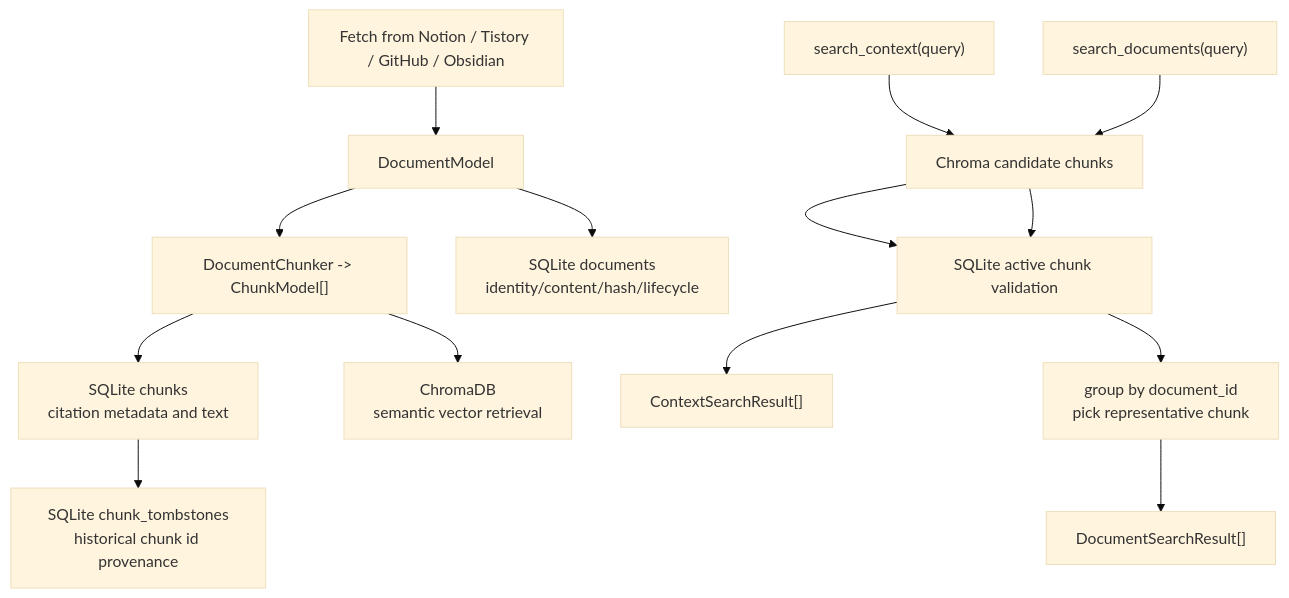
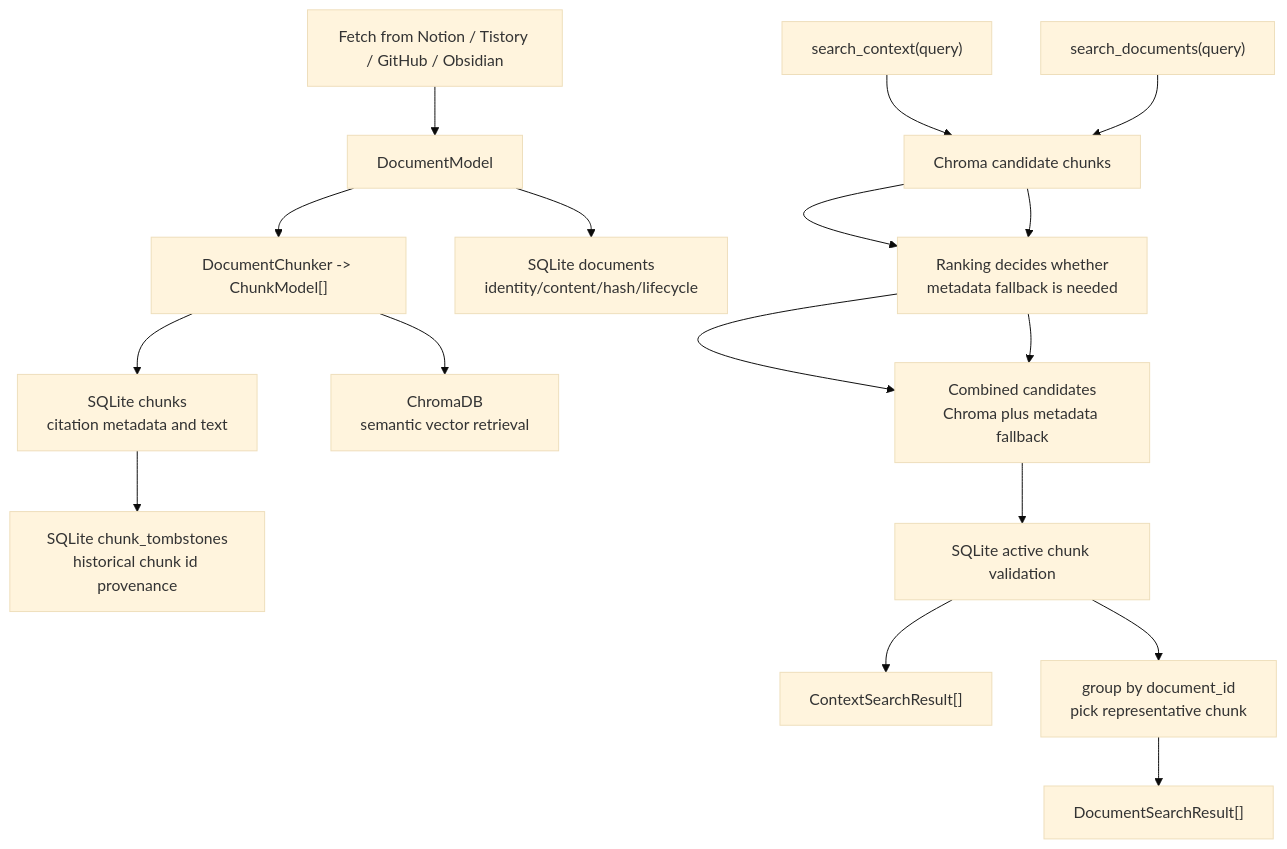
One commit to eunhwa99/MCPContentSearch changed the second of 2 diagrams in docs/contextwiki-core-understanding.md. Above: the diagram before and after it, drawn with Mermaid (base theme). The commit also changed other lines of this file and 6 other files, not shown here.

````diff
--- a/docs/contextwiki-core-understanding.md
+++ b/docs/contextwiki-core-understanding.md
@@ -296,27 +318,30 @@
 ```mermaid
 flowchart TD
     A["Fetch from Notion / Tistory / GitHub / Obsidian"]
     B["DocumentModel"]
     C["DocumentChunker -> ChunkModel[]"]
     D["SQLite documents<br/>identity/content/hash/lifecycle"]
     E["SQLite chunks<br/>citation metadata and text"]
     T["SQLite chunk_tombstones<br/>historical chunk id provenance"]
     F["ChromaDB<br/>semantic vector retrieval"]
     G["search_context(query)"]
     H["Chroma candidate chunks"]
-    I["SQLite active chunk validation"]
-    J["ContextSearchResult[]"]
+    I["Ranking decides whether<br/>metadata fallback is needed"]
+    J["Combined candidates<br/>Chroma plus metadata fallback"]
+    N["SQLite active chunk validation"]
+    O["ContextSearchResult[]"]
     K["search_documents(query)"]
     L["group by document_id<br/>pick representative chunk"]
     M["DocumentSearchResult[]"]
 
     A --> B --> C
     B --> D
     C --> E
     C --> F
     E --> T
-    G --> H --> I --> J
+    G --> H --> I --> J --> N --> O
     K --> H
     H --> I
-    I --> L --> M
+    I --> J
+    N --> L --> M
 ```
````
